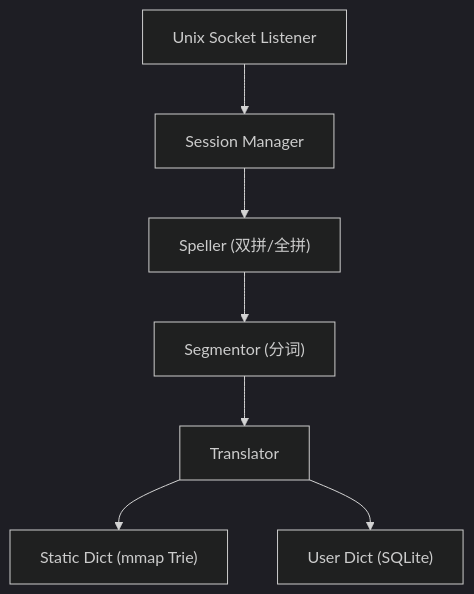
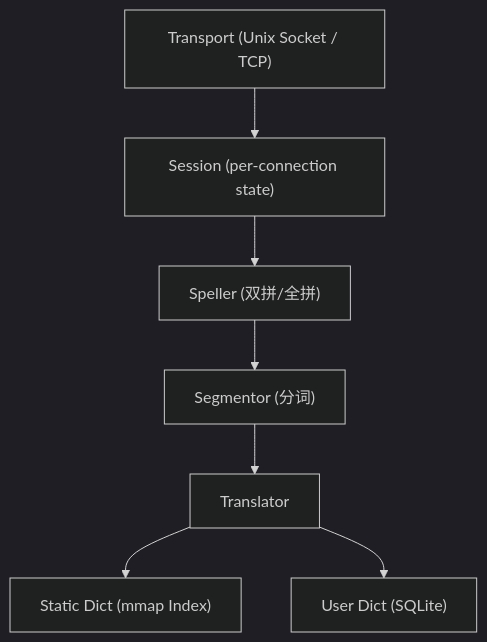
One commit to jiazhoulvke/goime changed the diagram in README.md. Above: the diagram before and after it, drawn with Mermaid (dark theme). The commit also changed other lines of this file, not shown here.

Commit message:
docs: update README with TCP config, transport layer, full config TOML

````diff
--- a/README.md
+++ b/README.md
@@ -9,16 +9,16 @@
 ```mermaid
 flowchart TD
-    Socket["Unix Socket Listener"]
-    Session["Session Manager"]
+    Transport["Transport (Unix Socket / TCP)"]
+    Session["Session (per-connection state)"]
     Speller["Speller (双拼/全拼)"]
     Seg["Segmentor (分词)"]
     Trans["Translator"]
-    Static["Static Dict (mmap Trie)"]
+    Static["Static Dict (mmap Index)"]
     User["User Dict (SQLite)"]
 
-    Socket --> Session
+    Transport --> Session
     Session --> Speller
     Speller --> Seg --> Trans
     Trans --> Static
     Trans --> User
 ```
````
